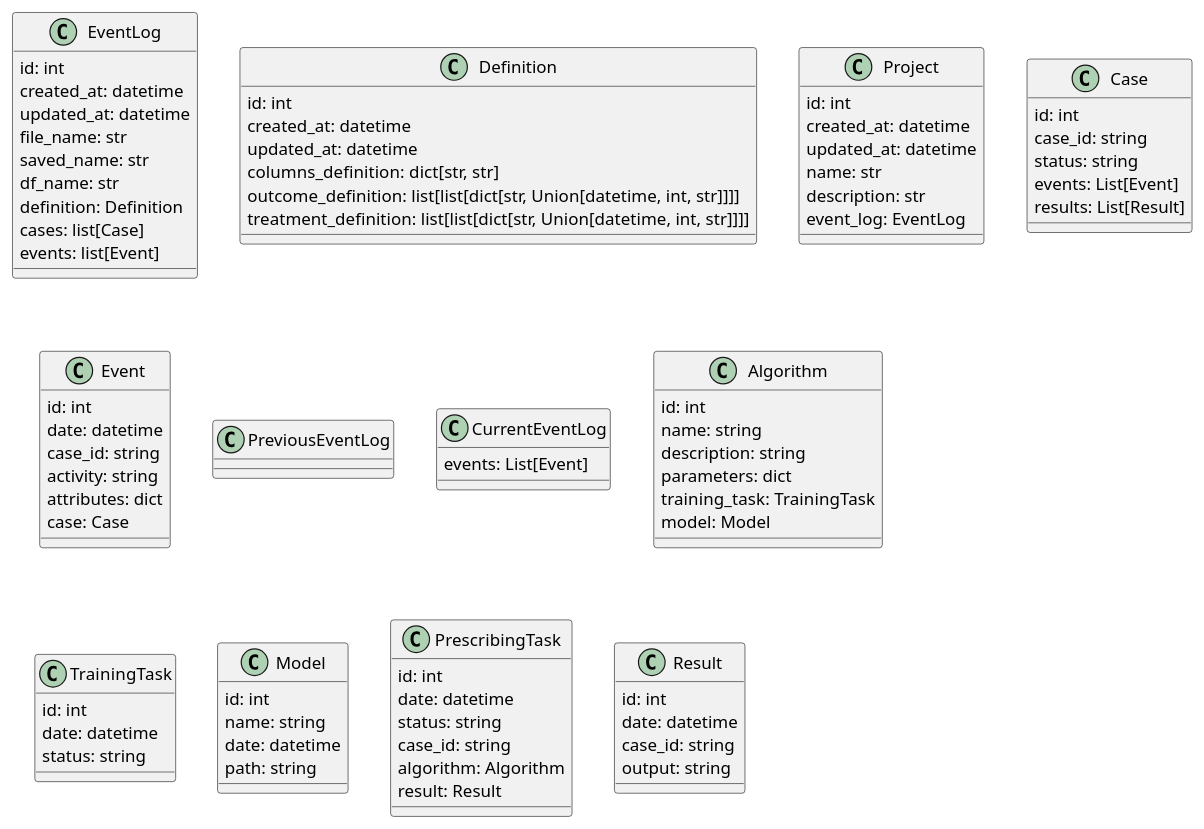
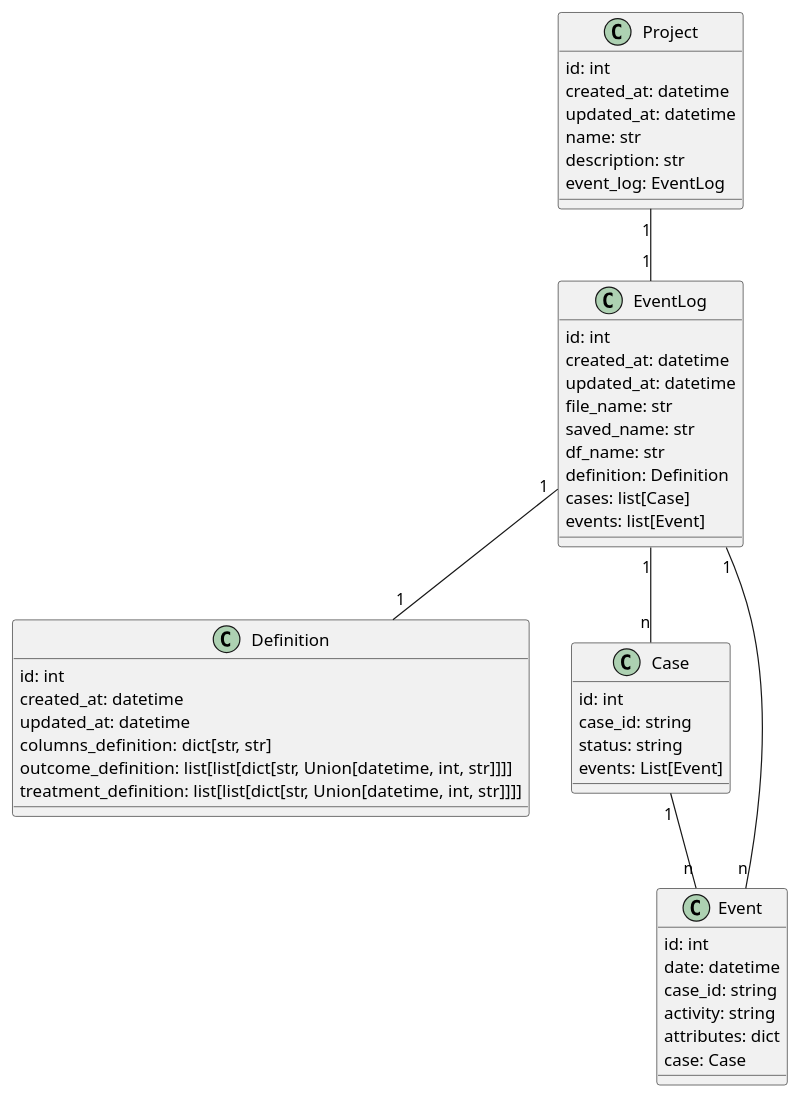
One commit to prcore/prcore changed the diagram in docs/core-classes.plantuml. Above: the diagram before and after it, drawn with PlantUML. The commit also changed 7 other files, not shown here.

```diff
--- a/docs/core-classes.plantuml
+++ b/docs/core-classes.plantuml
@@ -1,112 +1,115 @@
 @startuml core-classes
 
 class EventLog {
     id: int
     created_at: datetime
     updated_at: datetime
     file_name: str
     saved_name: str
     df_name: str
     definition: Definition
     cases: list[Case]
     events: list[Event]
 }
 
 class Definition {
     id: int
     created_at: datetime
     updated_at: datetime
     columns_definition: dict[str, str]
     outcome_definition: list[list[dict[str, Union[datetime, int, str]]]]
     treatment_definition: list[list[dict[str, Union[datetime, int, str]]]]
 }
 
 class Project {
     id: int
     created_at: datetime
     updated_at: datetime
     name: str
     description: str
     event_log: EventLog
 }
 
 class Case{
     id: int
     case_id: string
     status: string
     events: List[Event]
-    results: List[Result]
 }
 
 class Event{
     id: int
     date: datetime
     case_id: string
     activity: string
     attributes: dict
     case: Case
 }
 
-class PreviousEventLog {
-}
-
-class CurrentEventLog {
-    events: List[Event]
-}
-
-class Algorithm {
-    id: int
-    name: string
-    description: string
-    parameters: dict
-    training_task: TrainingTask
-    model: Model
-}
-
-class TrainingTask {
-    id: int
-    date: datetime
-    status: string
-}
-
-class Model {
-    id: int
-    name: string
-    date: datetime
-    path: string
-}
-
-class PrescribingTask {
-    id: int
-    date: datetime
-    status: string
-    case_id: string
-    algorithm: Algorithm
-    result: Result
-}
-
-class Result {
-    id: int
-    date: datetime
-    case_id: string
-    output: string
-}
+'class PreviousEventLog {
+'}
+'
+'class CurrentEventLog {
+'    events: List[Event]
+'}
+'
+'class Algorithm {
+'    id: int
+'    name: string
+'    description: string
+'    parameters: dict
+'    training_task: TrainingTask
+'    model: Model
+'}
+'
+'class TrainingTask {
+'    id: int
+'    date: datetime
+'    status: string
+'}
+'
+'class Model {
+'    id: int
+'    name: string
+'    date: datetime
+'    path: string
+'}
+'
+'class PrescribingTask {
+'    id: int
+'    date: datetime
+'    status: string
+'    case_id: string
+'    algorithm: Algorithm
+'    result: Result
+'}
+'
+'class Result {
+'    id: int
+'    date: datetime
+'    case_id: string
+'    output: string
+'}
 
 'EventLog <|-- PreviousEventLog
 'EventLog <|-- CurrentEventLog
-'Project "1" -- "1" PreviousEventLog
+EventLog "1" -- "1" Definition
+EventLog "1" -- "n" Case
+EventLog "1" -- "n" Event
+Case "1" -- "n" Event
+Project "1" -- "1" EventLog
 'Project "1" -- "1" CurrentEventLog
 'CurrentEventLog "1" -- "n" Event
 'Event "n" -- "1" Case
 'Project "1" -- "n" Algorithm
 'Project "1" -- "n" TrainingTask
 'Case "1" -- "n" PrescribingTask
 'Project "1" -- "n" PrescribingTask
 'Algorithm "1" -- "1" TrainingTask
 'TrainingTask "1" -- "1" Model
 'Algorithm "1" -- "1" Model
 'Algorithm "1" -- "n" PrescribingTask
 'PrescribingTask "1" -- "1" Result
 'Case "1" -- "n" Result
 
 @enduml
```
